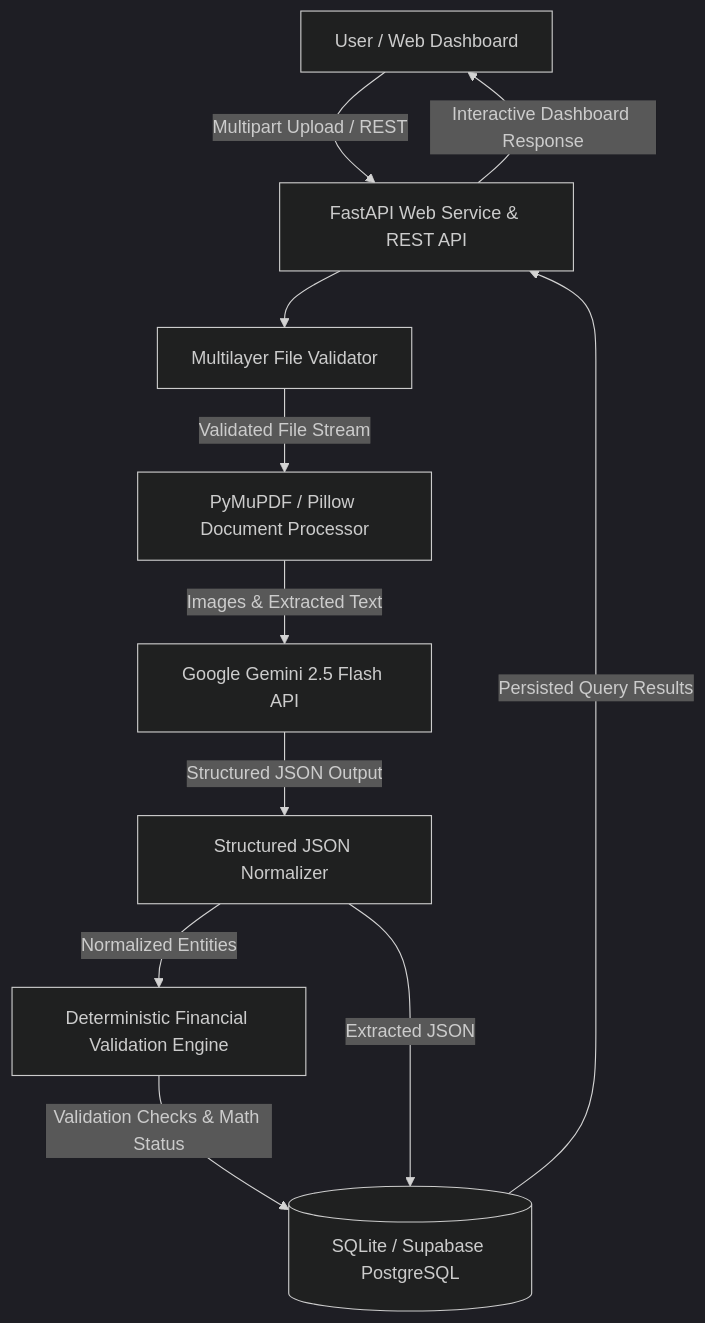
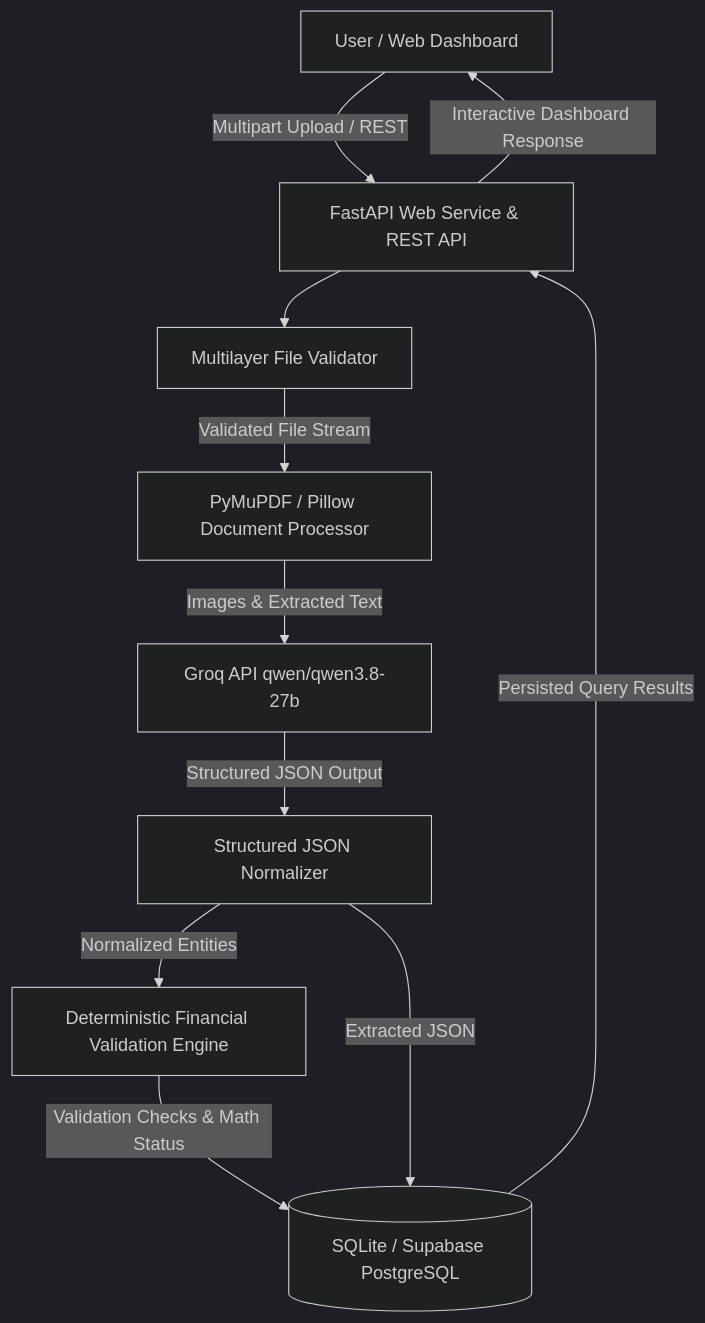
The diagram in docs/architecture.md (arshita221/Intelligent-Document-Platform), drawn with Mermaid (dark theme) before and after one commit. The commit also changed other lines of this file and 10 other files, not shown here.

Commit message:
feat: migrate AI extraction engine from Google Gemini to Groq qwen/qwen3.8-27b

````diff
--- a/docs/architecture.md
+++ b/docs/architecture.md
@@ -7,22 +7,22 @@
 ```mermaid
 flowchart TD
     U[User / Web Dashboard]
     API[FastAPI Web Service & REST API]
     V[Multilayer File Validator]
     P[PyMuPDF / Pillow Document Processor]
-    AI[Google Gemini 2.5 Flash API]
+    AI[Groq API qwen/qwen3.8-27b]
     X[Structured JSON Normalizer]
     VE[Deterministic Financial Validation Engine]
     DB[(SQLite / Supabase PostgreSQL)]
 
     U -->|Multipart Upload / REST| API
     API --> V
     V -->|Validated File Stream| P
     P -->|Images & Extracted Text| AI
     AI -->|Structured JSON Output| X
     X -->|Normalized Entities| VE
     VE -->|Validation Checks & Math Status| DB
     X -->|Extracted JSON| DB
     DB -->|Persisted Query Results| API
     API -->|Interactive Dashboard Response| U
 ```
````
